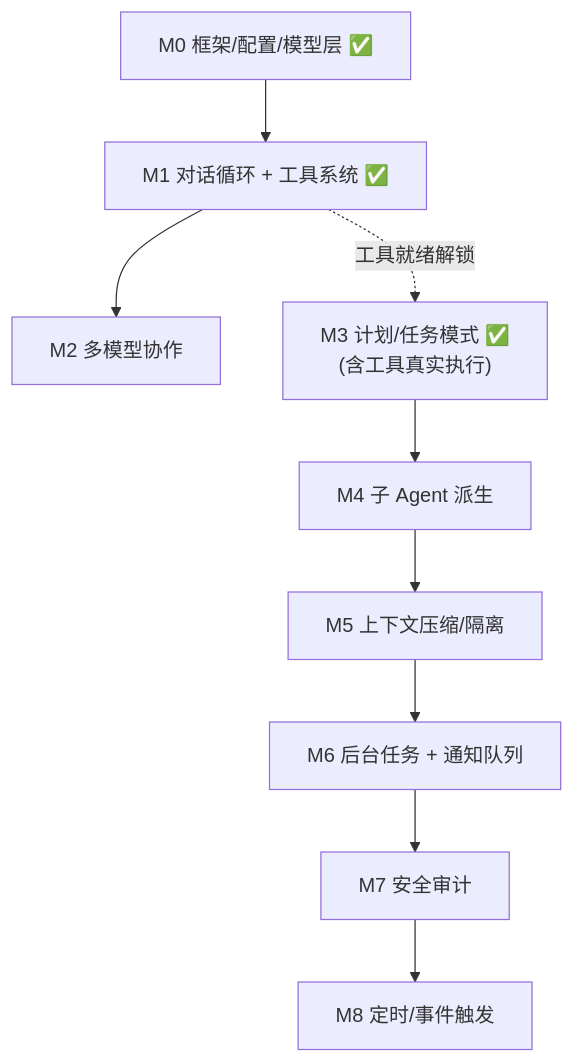
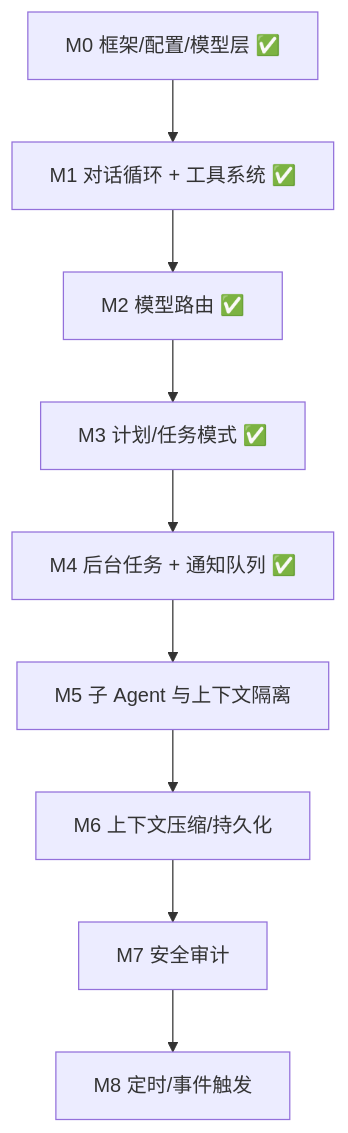
One commit to Atikou/AgentRelay changed the fourth of 4 diagrams in docs/项目整体架构.md. Above: the diagram before and after it, drawn with Mermaid. The commit also changed other lines of this file and 31 other files, not shown here.

````diff
--- a/docs/项目整体架构.md
+++ b/docs/项目整体架构.md
@@ -172,11 +184,11 @@
 ```mermaid
 flowchart TD
     M0["M0 框架/配置/模型层 ✅"] --> M1["M1 对话循环 + 工具系统 ✅"]
-    M1 --> M2["M2 多模型协作"]
-    M3["M3 计划/任务模式 ✅<br/>(含工具真实执行)"] --> M4["M4 子 Agent 派生"]
-    M4 --> M5["M5 上下文压缩/隔离"]
-    M5 --> M6["M6 后台任务 + 通知队列"]
+    M1 --> M2["M2 模型路由 ✅"]
+    M2 --> M3["M3 计划/任务模式 ✅"]
+    M3 --> M4["M4 后台任务 + 通知队列 ✅"]
+    M4 --> M5["M5 子 Agent 与上下文隔离"]
+    M5 --> M6["M6 上下文压缩/持久化"]
     M6 --> M7["M7 安全审计"]
     M7 --> M8["M8 定时/事件触发"]
-    M1 -.工具就绪解锁.-> M3
 ```
````
